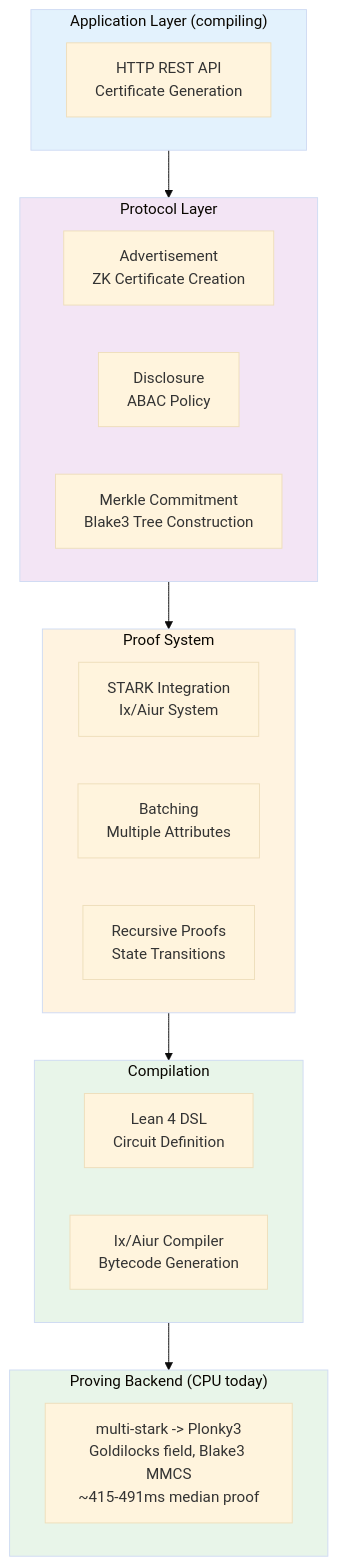
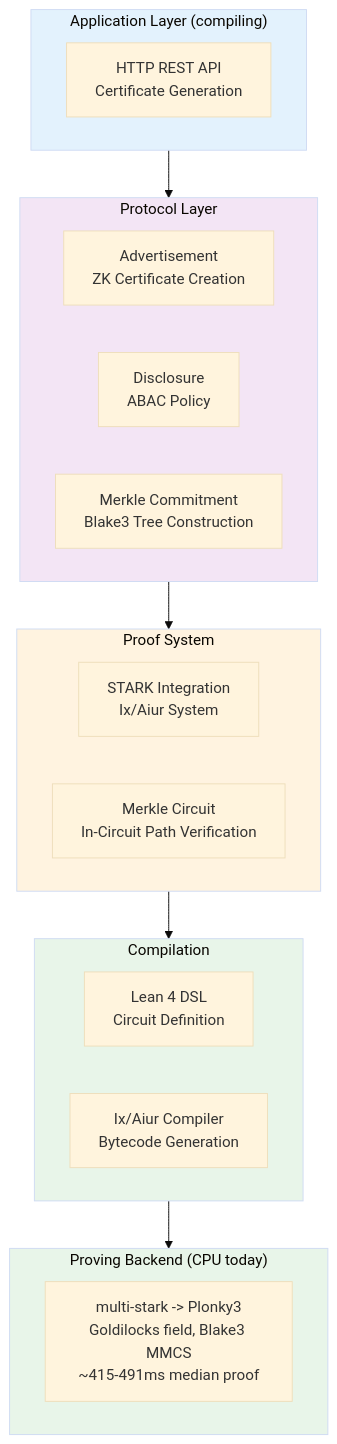
The diagram in README.md (0ponn/zkip-stark), drawn with Mermaid (base theme) before and after one commit. The commit also changed other lines of this file and 30 other files, not shown here.

````diff
--- a/README.md
+++ b/README.md
@@ -31,38 +32,37 @@
 ```mermaid
 graph TB
     subgraph APP["Application Layer (compiling)"]
         API[HTTP REST API<br/>Certificate Generation]
     end
 
     subgraph PROTO["Protocol Layer"]
         ADV[Advertisement<br/>ZK Certificate Creation]
         DISC[Disclosure<br/>ABAC Policy]
         MERKLE[Merkle Commitment<br/>Blake3 Tree Construction]
     end
     
     subgraph PROOF["Proof System"]
         STARK[STARK Integration<br/>Ix/Aiur System]
-        BATCH[Batching<br/>Multiple Attributes]
-        REC[Recursive Proofs<br/>State Transitions]
+        MERKLE_C[Merkle Circuit<br/>In-Circuit Path Verification]
     end
     
     subgraph COMP["Compilation"]
         LEAN[Lean 4 DSL<br/>Circuit Definition]
         AIUR[Ix/Aiur Compiler<br/>Bytecode Generation]
     end
     
     subgraph PROVE["Proving Backend (CPU today)"]
         MS[multi-stark -> Plonky3<br/>Goldilocks field, Blake3 MMCS<br/>~415-491ms median proof]
     end
     
     APP --> PROTO
     PROTO --> PROOF
     PROOF --> COMP
     COMP --> PROVE
     
     style APP fill:#e3f2fd
     style PROTO fill:#f3e5f5
     style PROOF fill:#fff3e0
     style COMP fill:#e8f5e9
     style PROVE fill:#e8f5e9
 ```
````
